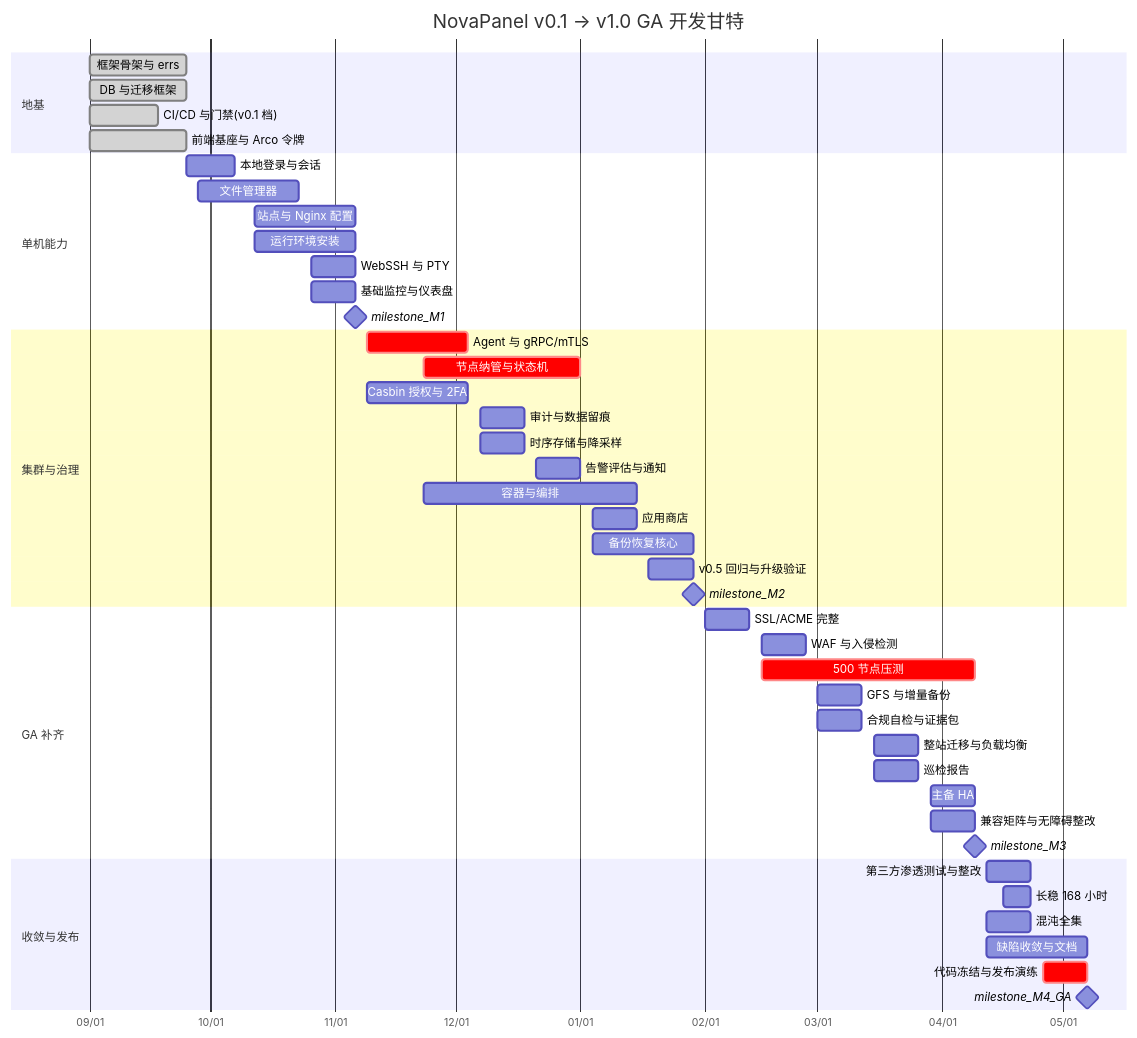
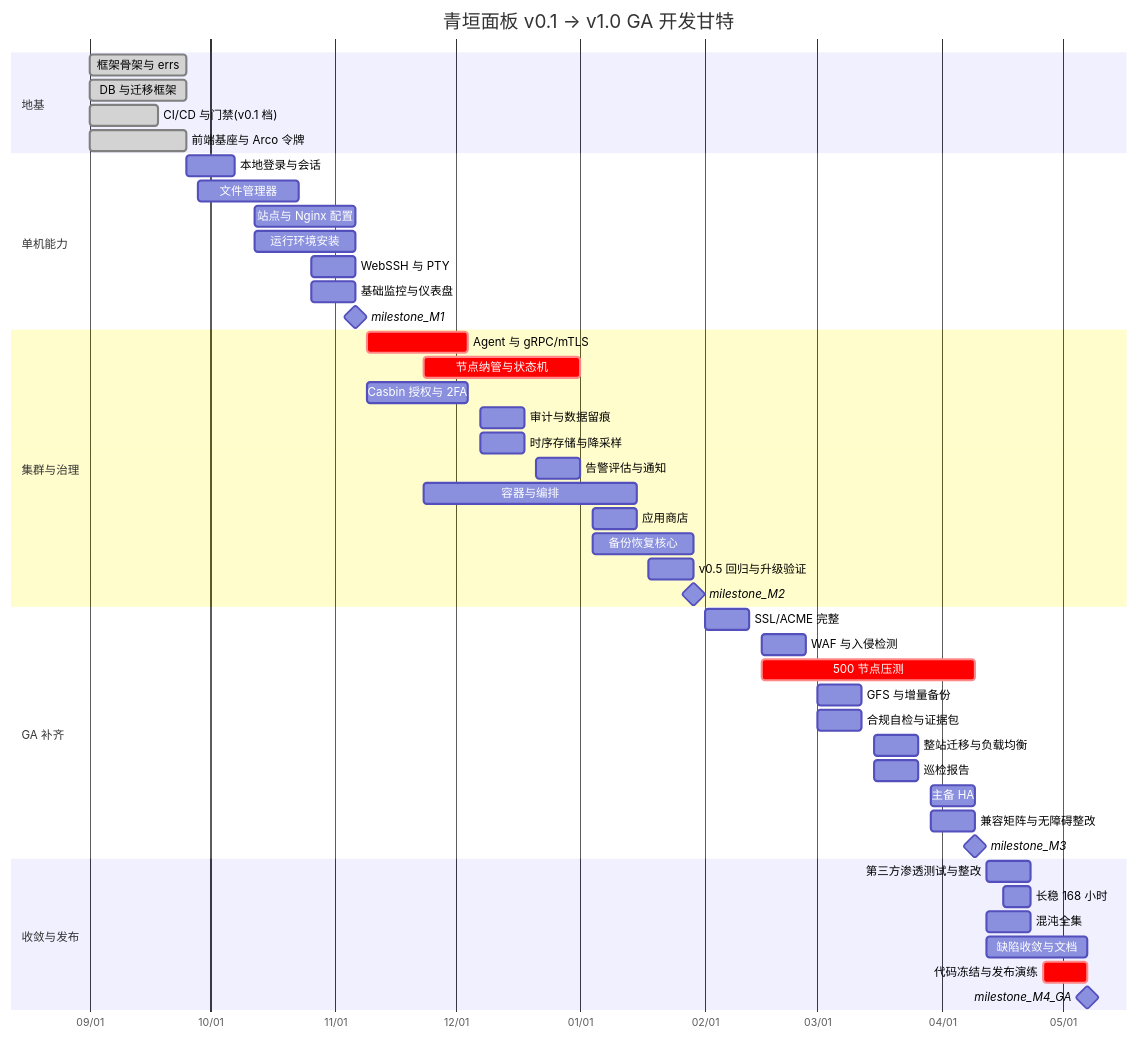
Before and after one commit to Austin128/BHmb: the third of 4 diagrams in docs/16-里程碑与迭代排期.md, drawn with Mermaid. The commit also changed other lines of this file and 16 other files, not shown here.

````diff
--- a/docs/16-里程碑与迭代排期.md
+++ b/docs/16-里程碑与迭代排期.md
@@ -464,55 +464,55 @@
 ```mermaid
 gantt
-    title NovaPanel v0.1 → v1.0 GA 开发甘特
+    title 青垣面板 v0.1 → v1.0 GA 开发甘特
     dateFormat YYYY-MM-DD
     axisFormat %m/%d
     todayMarker off
 
     section 地基
     框架骨架与 errs        :done, fw, 2026-09-01, 2026-09-25
     DB 与迁移框架          :done, db, 2026-09-01, 2026-09-25
     CI/CD 与门禁(v0.1 档)  :done, ci, 2026-09-01, 2026-09-18
     前端基座与 Arco 令牌   :done, ui, 2026-09-01, 2026-09-25
 
     section 单机能力
     本地登录与会话         :a1, after fw, 12d
     文件管理器             :a2, 2026-09-28, 2026-10-23
     站点与 Nginx 配置      :a3, 2026-10-12, 2026-11-06
     运行环境安装           :a4, 2026-10-12, 2026-11-06
     WebSSH 与 PTY          :a5, 2026-10-26, 2026-11-06
     基础监控与仪表盘       :a6, 2026-10-26, 2026-11-06
     milestone_M1           :milestone, m1, 2026-11-06, 0d
 
     section 集群与治理
     Agent 与 gRPC/mTLS     :crit, b1, 2026-11-09, 2026-12-04
     节点纳管与状态机       :crit, b2, 2026-11-23, 2027-01-01
     Casbin 授权与 2FA      :b3, 2026-11-09, 2026-12-04
     审计与数据留痕         :b4, 2026-12-07, 2026-12-18
     时序存储与降采样       :b5, 2026-12-07, 2026-12-18
     告警评估与通知         :b6, 2026-12-21, 2027-01-01
     容器与编排             :b7, 2026-11-23, 2027-01-15
     应用商店               :b8, 2027-01-04, 2027-01-15
     备份恢复核心           :b9, 2027-01-04, 2027-01-29
     v0.5 回归与升级验证    :b10, 2027-01-18, 2027-01-29
     milestone_M2           :milestone, m2, 2027-01-29, 0d
 
     section GA 补齐
     SSL/ACME 完整          :c1, 2027-02-01, 2027-02-12
     WAF 与入侵检测         :c2, 2027-02-15, 2027-02-26
     500 节点压测           :crit, c3, 2027-02-15, 2027-04-09
     GFS 与增量备份         :c4, 2027-03-01, 2027-03-12
     合规自检与证据包       :c5, 2027-03-01, 2027-03-12
     整站迁移与负载均衡     :c6, 2027-03-15, 2027-03-26
     巡检报告               :c7, 2027-03-15, 2027-03-26
     主备 HA                :c8, 2027-03-29, 2027-04-09
     兼容矩阵与无障碍整改   :c9, 2027-03-29, 2027-04-09
     milestone_M3           :milestone, m3, 2027-04-09, 0d
 
     section 收敛与发布
     第三方渗透测试与整改   :d1, 2027-04-12, 2027-04-23
     长稳 168 小时          :d2, 2027-04-16, 2027-04-23
     混沌全集               :d3, 2027-04-12, 2027-04-23
     缺陷收敛与文档         :d4, 2027-04-12, 2027-05-07
     代码冻结与发布演练     :crit, d5, 2027-04-26, 2027-05-07
     milestone_M4_GA        :milestone, m4, 2027-05-07, 0d
 ```
````
